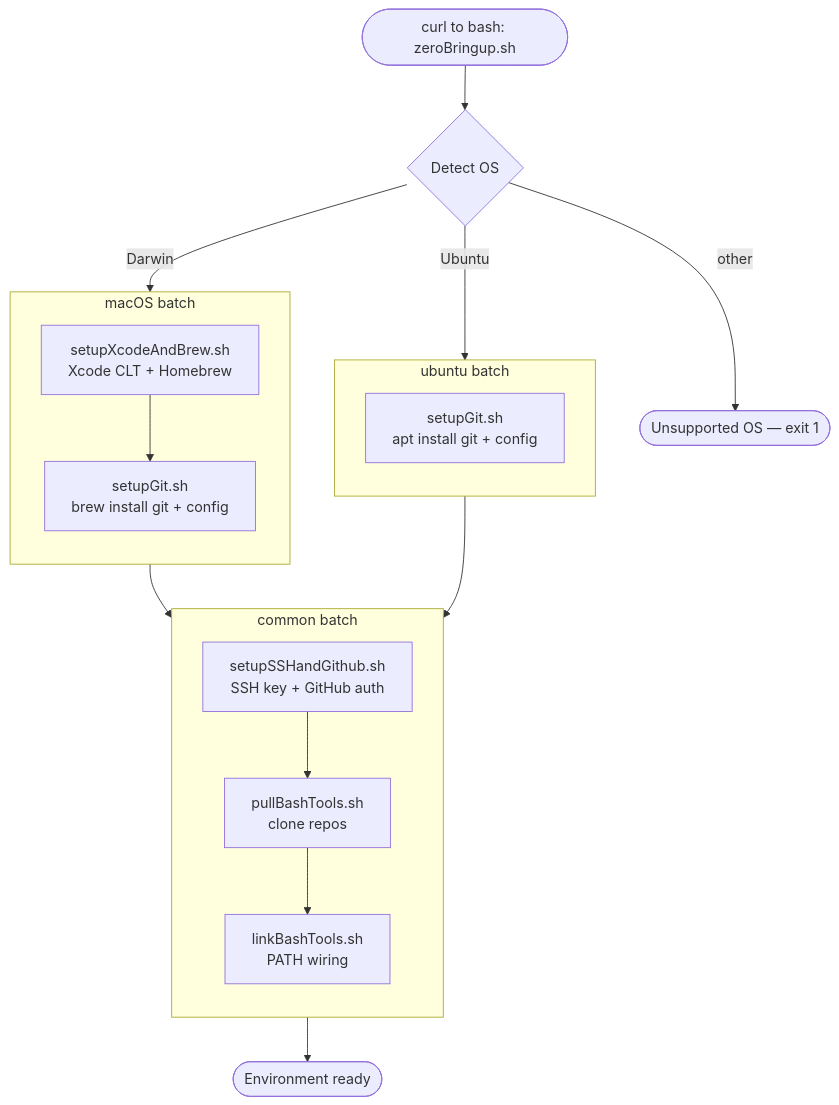
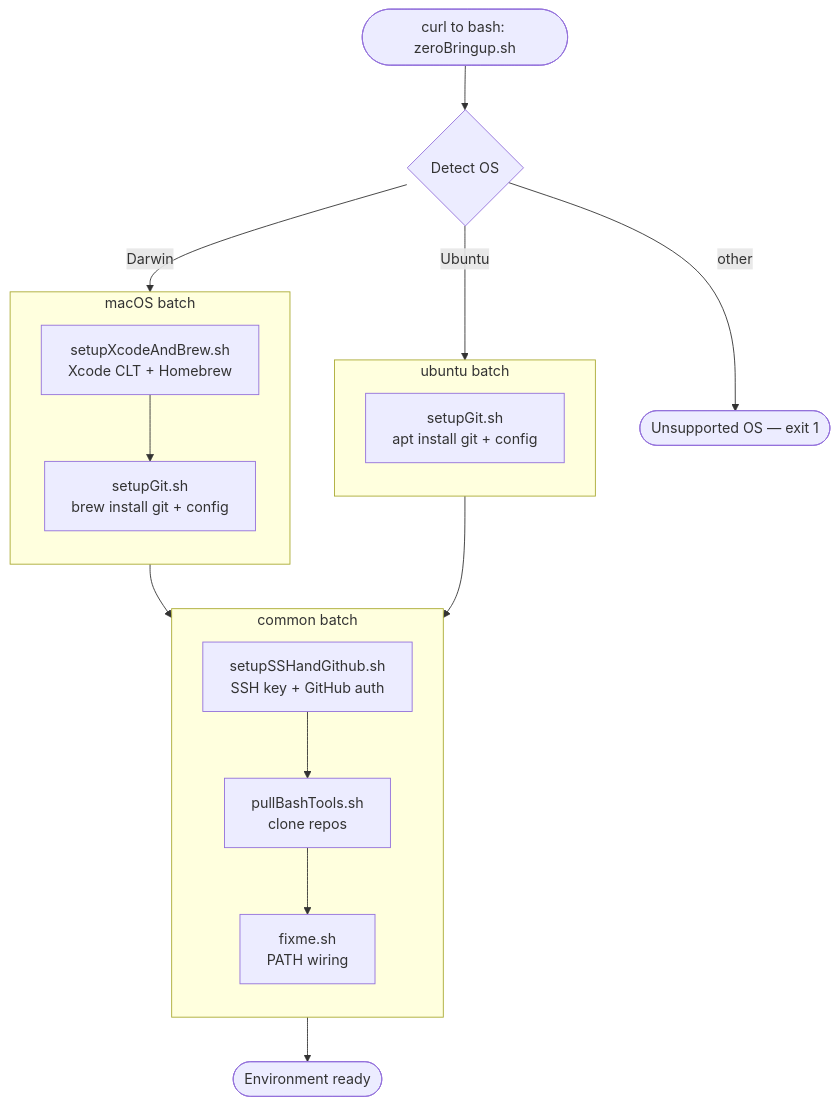
The diagram in readme.md (kopecn/zeroBringup), drawn with Mermaid before and after one commit. The commit also changed other lines of this file, not shown here.

````diff
--- a/readme.md
+++ b/readme.md
@@ -32,27 +31,27 @@
 ```mermaid
 flowchart TD
     Start(["curl to bash: zeroBringup.sh"]) --> Detect{"Detect OS"}
     Detect -->|Darwin| MacBatch
     Detect -->|Ubuntu| UbuntuBatch
     Detect -->|other| Unsupported(["Unsupported OS — exit 1"])
 
     subgraph MacBatch ["macOS batch"]
         direction TB
         M1["setupXcodeAndBrew.sh<br/>Xcode CLT + Homebrew"] --> M2["setupGit.sh<br/>brew install git + config"]
     end
 
     subgraph UbuntuBatch ["ubuntu batch"]
         direction TB
         U1["setupGit.sh<br/>apt install git + config"]
     end
 
     MacBatch --> Common
     UbuntuBatch --> Common
 
     subgraph Common ["common batch"]
         direction TB
-        C1["setupSSHandGithub.sh<br/>SSH key + GitHub auth"] --> C2["pullBashTools.sh<br/>clone repos"] --> C3["linkBashTools.sh<br/>PATH wiring"]
+        C1["setupSSHandGithub.sh<br/>SSH key + GitHub auth"] --> C2["pullBashTools.sh<br/>clone repos"] --> C3["fixme.sh<br/>PATH wiring"]
     end
 
     Common --> Done(["Environment ready"])
 ```
````
